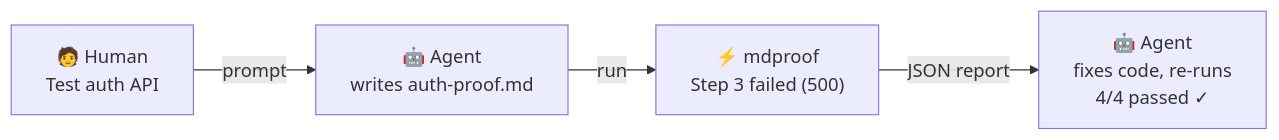
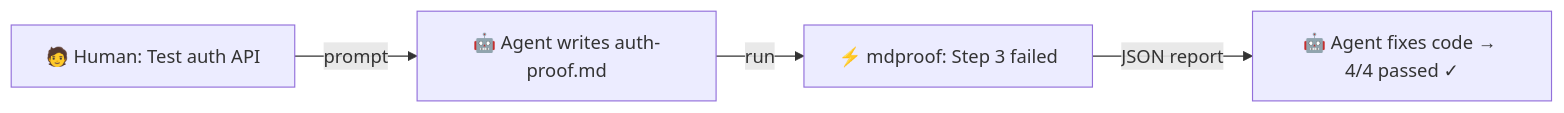
Before and after one commit to Votarymortiseandtenonjoint137/mdproof: the first of 2 diagrams in README.md, drawn with Mermaid. The commit also changed other lines of this file and 8 other files, not shown here.

````diff
--- a/README.md
+++ b/README.md
@@ -67,11 +54,6 @@
 ```mermaid
 flowchart LR
-    A["🧑 Human
-    Test auth API"] -- prompt --> B["🤖 Agent
-    writes auth-proof.md"]
-    B -- run --> C["⚡ mdproof
-    Step 3 failed (500)"]
-    C -- JSON report --> D["🤖 Agent
-    fixes code, re-runs
-    4/4 passed ✓"]
+    A["🧑 Human: Test auth API"] -- prompt --> B["🤖 Agent writes auth-proof.md"]
+    B -- run --> C["⚡ mdproof: Step 3 failed"]
+    C -- JSON report --> D["🤖 Agent fixes code → 4/4 passed ✓"]
 ```
````
